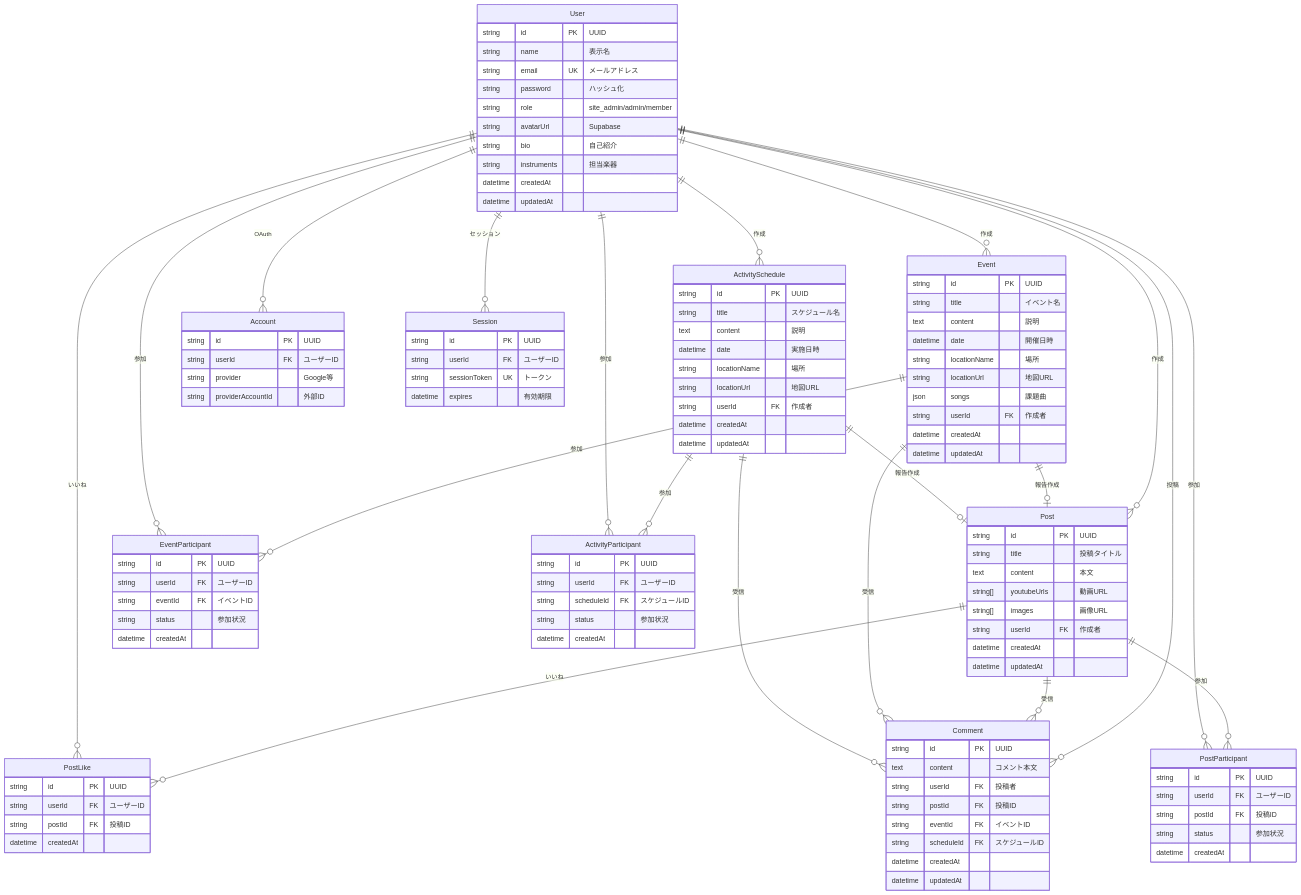
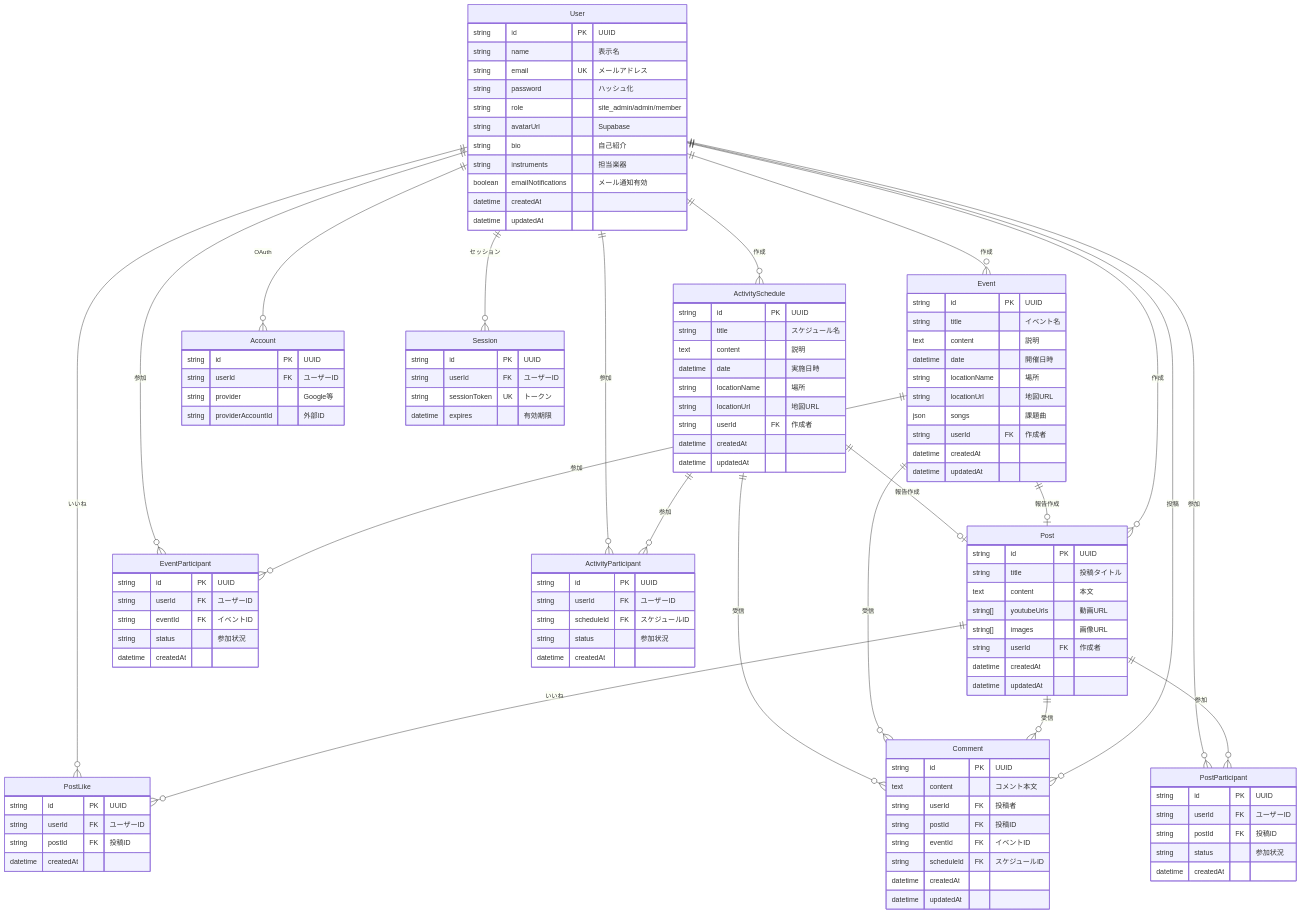
One commit to shuhei0720/keion-circle-site changed the fifth of 14 diagrams in README.md. Above: the diagram before and after it, drawn with Mermaid. The commit also changed other lines of this file, not shown here.

Commit message:
📝 ドキュメント: README更新（メール通知機能、ER図、ディレクトリ構成、技術スタック）

```diff
--- a/README.md
+++ b/README.md
@@ -320,6 +320,7 @@
         string avatarUrl "Supabase"
         string bio "自己紹介"
         string instruments "担当楽器"
+        boolean emailNotifications "メール通知有効"
         datetime createdAt
         datetime updatedAt
     }
```
